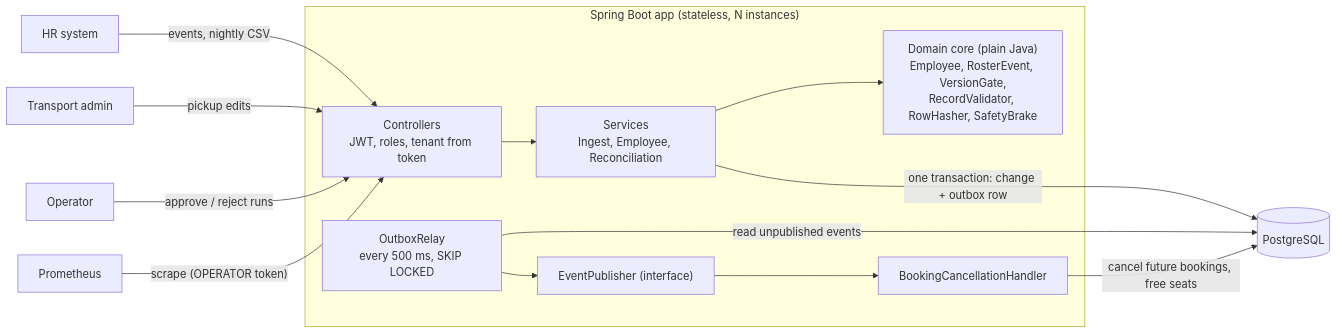
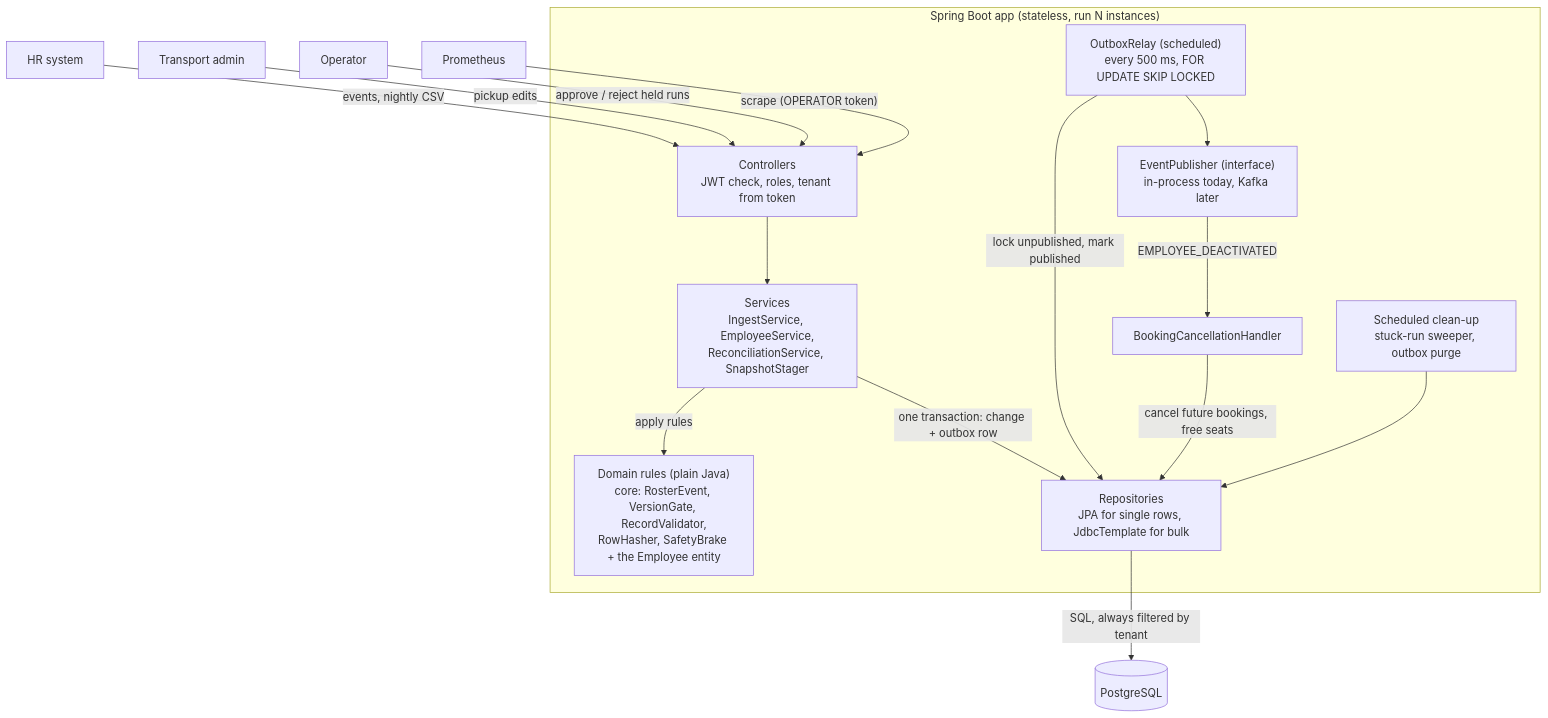
One commit to kartiksharma1227/MoveInSync changed the first of 2 diagrams in DESIGN.md. Above: the diagram before and after it, drawn with Mermaid.

Commit message:
docs: correct architecture diagram (repository layer, relay, scheduled jobs, layout)

````diff
--- a/DESIGN.md
+++ b/DESIGN.md
@@ -9,18 +9,34 @@
 ```mermaid
-flowchart LR
-    HR["HR system"] -->|"events, nightly CSV"| API
-    TA["Transport admin"] -->|"pickup edits"| API
-    OP["Operator"] -->|"approve / reject runs"| API
-    PROM["Prometheus"] -->|"scrape (OPERATOR token)"| API
+flowchart TB
+    HR["HR system"]
+    TA["Transport admin"]
+    OP["Operator"]
+    PROM["Prometheus"]
 
-    subgraph APP["Spring Boot app (stateless, N instances)"]
-        API["Controllers<br/>JWT, roles, tenant from token"] --> SVC["Services<br/>Ingest, Employee, Reconciliation"]
-        SVC --> CORE["Domain core (plain Java)<br/>Employee, RosterEvent, VersionGate,<br/>RecordValidator, RowHasher, SafetyBrake"]
-        RELAY["OutboxRelay<br/>every 500 ms, SKIP LOCKED"] --> PUB["EventPublisher (interface)"]
-        PUB --> BOOK["BookingCancellationHandler"]
+    subgraph APP["Spring Boot app (stateless, run N instances)"]
+        API["Controllers<br/>JWT check, roles, tenant from token"]
+        SVC["Services<br/>IngestService, EmployeeService,<br/>ReconciliationService, SnapshotStager"]
+        CORE["Domain rules (plain Java)<br/>core: RosterEvent, VersionGate, RecordValidator,<br/>RowHasher, SafetyBrake + the Employee entity"]
+        REPO["Repositories<br/>JPA for single rows, JdbcTemplate for bulk"]
+        RELAY["OutboxRelay (scheduled)<br/>every 500 ms, FOR UPDATE SKIP LOCKED"]
+        PUB["EventPublisher (interface)<br/>in-process today, Kafka later"]
+        BOOK["BookingCancellationHandler"]
+        JOBS["Scheduled clean-up<br/>stuck-run sweeper, outbox purge"]
+
+        API --> SVC
+        SVC -->|"apply rules"| CORE
+        SVC -->|"one transaction: change + outbox row"| REPO
+        RELAY -->|"lock unpublished, mark published"| REPO
+        RELAY --> PUB
+        PUB -->|"EMPLOYEE_DEACTIVATED"| BOOK
+        BOOK -->|"cancel future bookings, free seats"| REPO
+        JOBS --> REPO
     end
 
-    SVC -->|"one transaction: change + outbox row"| DB[("PostgreSQL")]
-    RELAY -->|"read unpublished events"| DB
-    BOOK -->|"cancel future bookings, free seats"| DB
+    HR -->|"events, nightly CSV"| API
+    TA -->|"pickup edits"| API
+    OP -->|"approve / reject held runs"| API
+    PROM -->|"scrape (OPERATOR token)"| API
+
+    REPO -->|"SQL, always filtered by tenant"| DB[("PostgreSQL")]
 ```
````
